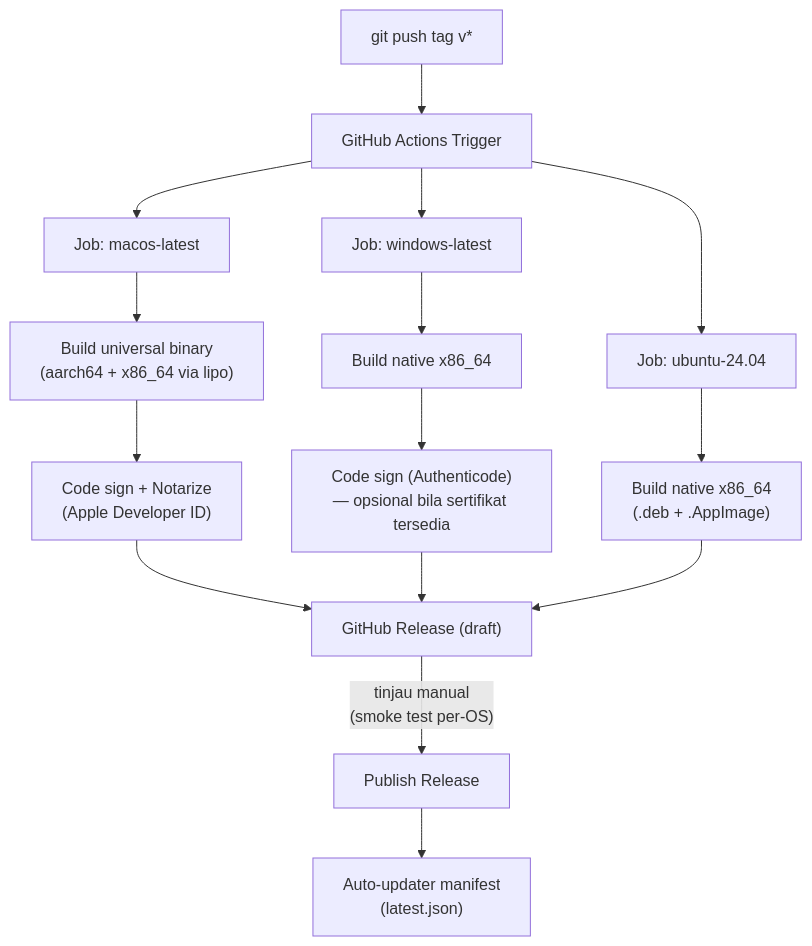
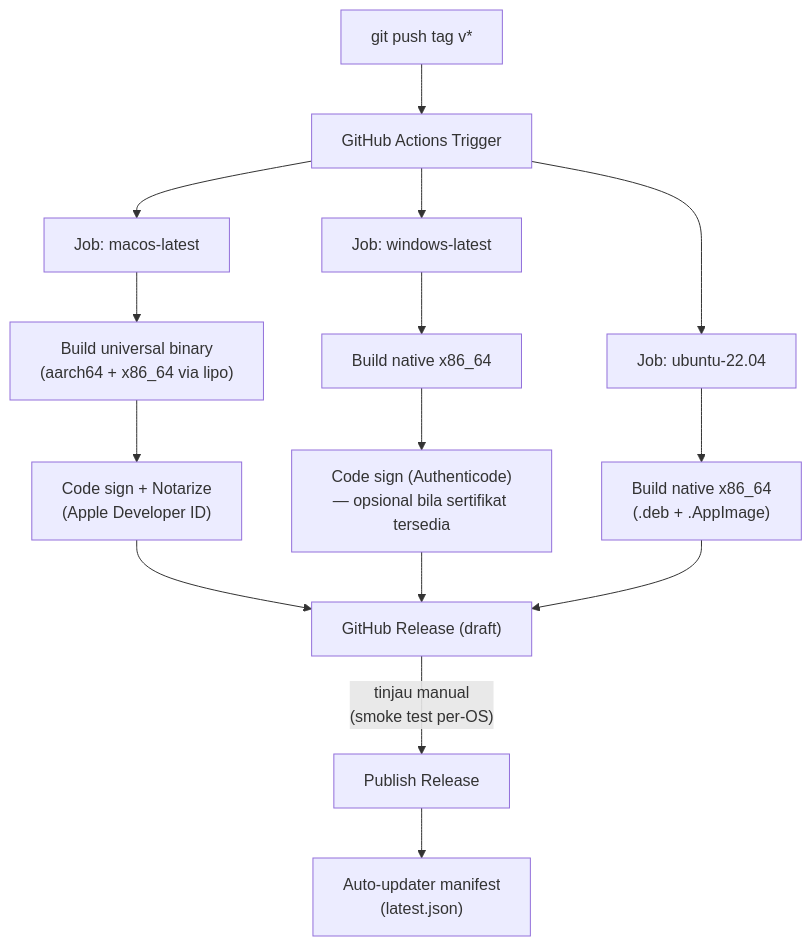
Before and after one commit to itshazlan/trackflow: diagram 21 of 21 in SDD_Lean_Internal.md, drawn with Mermaid. The commit also changed other lines of this file and 5 other files, not shown here.

````diff
--- a/SDD_Lean_Internal.md
+++ b/SDD_Lean_Internal.md
@@ -1236,19 +1290,19 @@
 ```mermaid
 flowchart TB
     TAG["git push tag v*"] --> GH["GitHub Actions Trigger"]
     GH --> M["Job: macos-latest"]
     GH --> W["Job: windows-latest"]
-    GH --> L["Job: ubuntu-24.04"]
+    GH --> L["Job: ubuntu-22.04"]
 
     M --> MB["Build universal binary\n(aarch64 + x86_64 via lipo)"]
     MB --> MS["Code sign + Notarize\n(Apple Developer ID)"]
     W --> WB["Build native x86_64"]
     WB --> WS["Code sign (Authenticode)\n— opsional bila sertifikat tersedia"]
     L --> LB["Build native x86_64\n(.deb + .AppImage)"]
 
     MS --> DRAFT["GitHub Release (draft)"]
     WS --> DRAFT
     LB --> DRAFT
     DRAFT -->|"tinjau manual\n(smoke test per-OS)"| PUB["Publish Release"]
     PUB --> UPDATER["Auto-updater manifest\n(latest.json)"]
 ```
````
